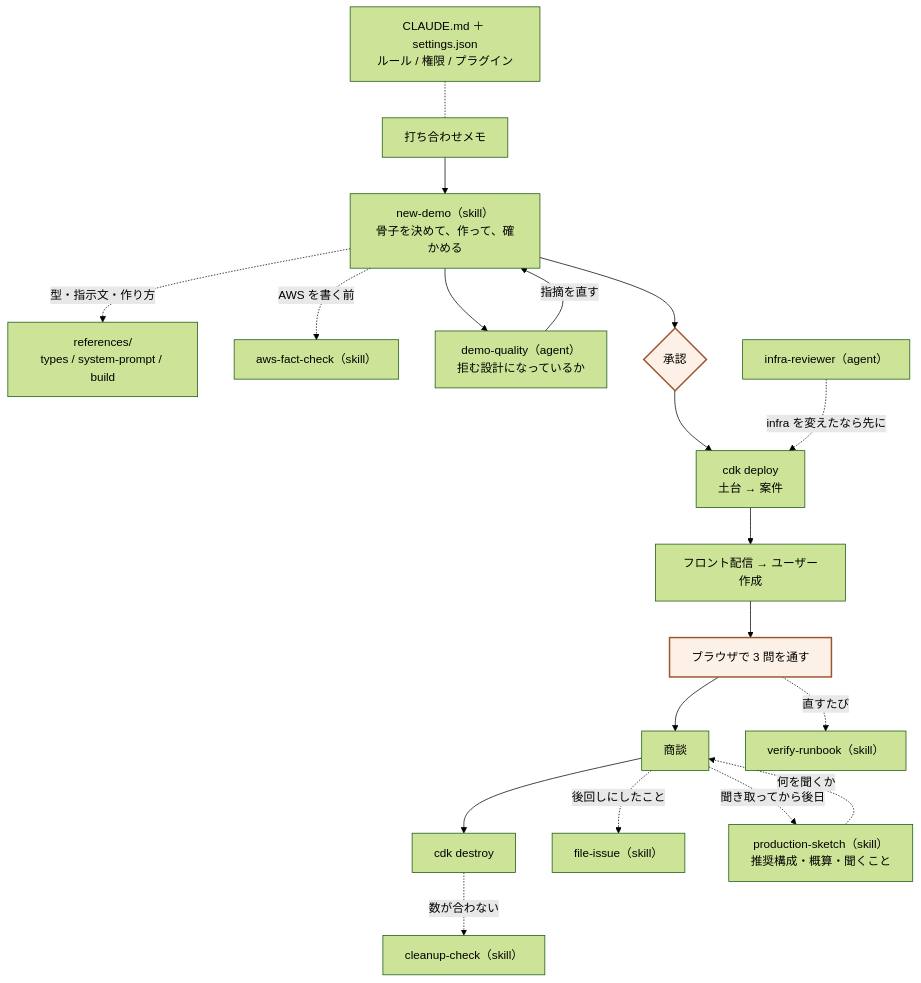
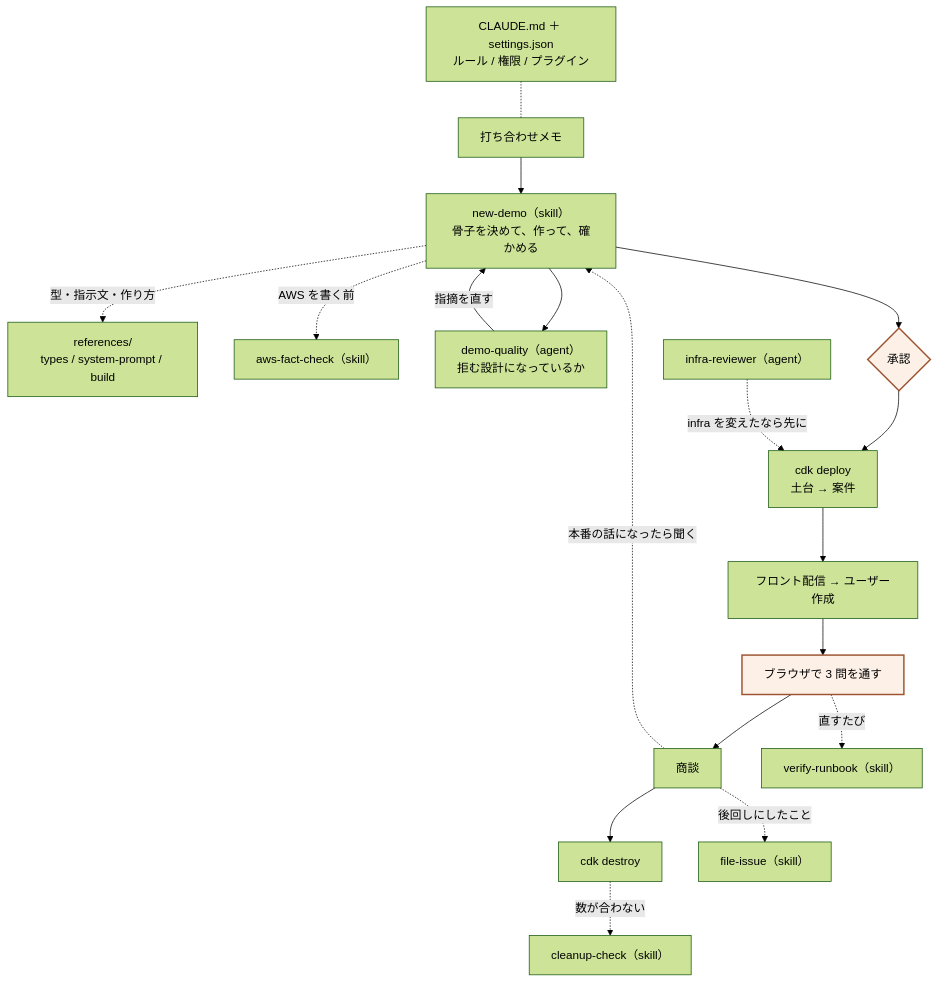
One commit to leomaro7/fde-demo-agent changed the first of 2 diagrams in docs/harness-overview.md. Above: the diagram before and after it, drawn with Mermaid (forest theme). The commit also changed other lines of this file and 7 other files, not shown here.

First line of the commit message:
refactor: production-sketch を取り下げ、聞くことを new-demo に移す

````diff
--- a/docs/harness-overview.md
+++ b/docs/harness-overview.md
@@ -51,42 +51,40 @@
 ```mermaid
 flowchart TB
   base["CLAUDE.md ＋ settings.json<br/>ルール / 権限 / プラグイン"]
   memo["打ち合わせメモ"]
   nd["new-demo（skill）<br/>骨子を決めて、作って、確かめる"]
   refs["references/<br/>types / system-prompt / build"]
   afc["aws-fact-check（skill）"]
   dq["demo-quality（agent）<br/>拒む設計になっているか"]
   gate{"承認"}
   ir["infra-reviewer（agent）"]
   deploy["cdk deploy<br/>土台 → 案件"]
   web["フロント配信 → ユーザー作成"]
   check["ブラウザで 3 問を通す"]
   talk["商談"]
   teardown["cdk destroy"]
   cc["cleanup-check（skill）"]
   vr["verify-runbook（skill）"]
   fi["file-issue（skill）"]
-  ps["production-sketch（skill）<br/>推奨構成・概算・聞くこと"]
 
   base -.- memo
   memo --> nd
   nd -.型・指示文・作り方.-> refs
   nd -.AWS を書く前.-> afc
   nd --> dq
   dq -->|指摘を直す| nd
   nd --> gate
   gate --> deploy
   ir -.infra を変えたなら先に.-> deploy
   deploy --> web
   web --> check
   check --> talk
   talk --> teardown
   teardown -.数が合わない.-> cc
   check -.直すたび.-> vr
   talk -.後回しにしたこと.-> fi
-  ps -.何を聞くか.-> talk
-  talk -.聞き取ってから後日.-> ps
+  talk -.本番の話になったら聞く.-> nd
 
   classDef human fill:#fdf0e6,stroke:#9d5330,stroke-width:2px
   class gate,check human
 ```
````
